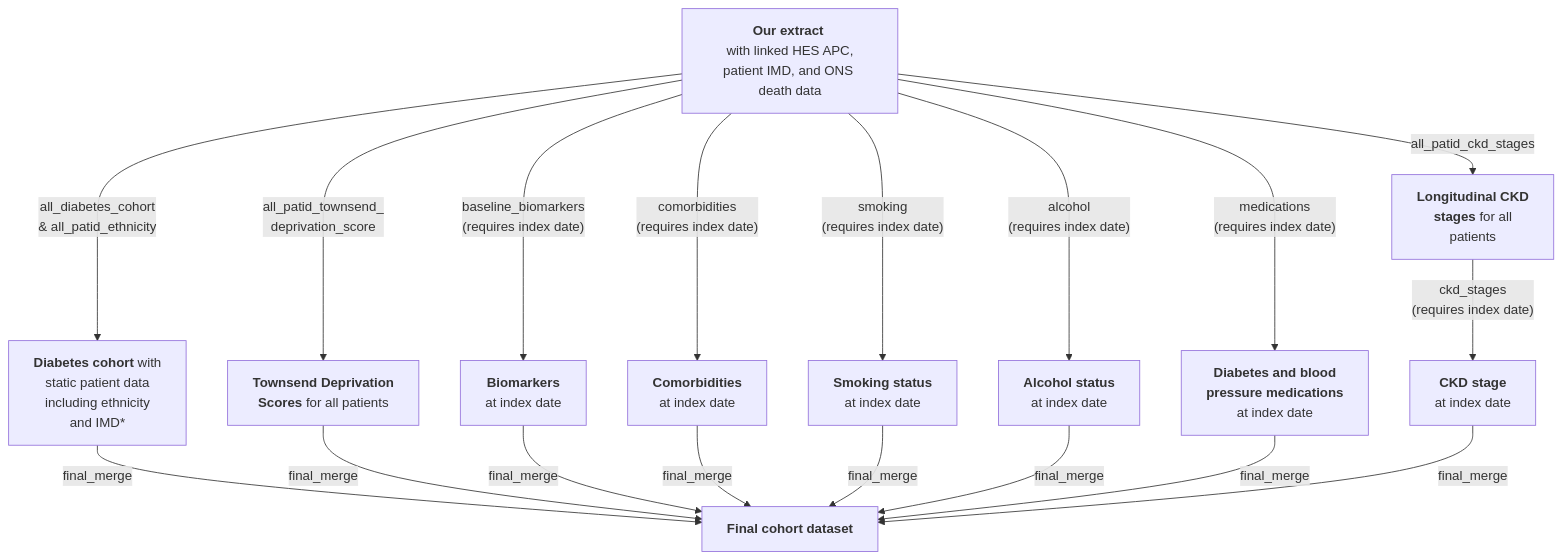
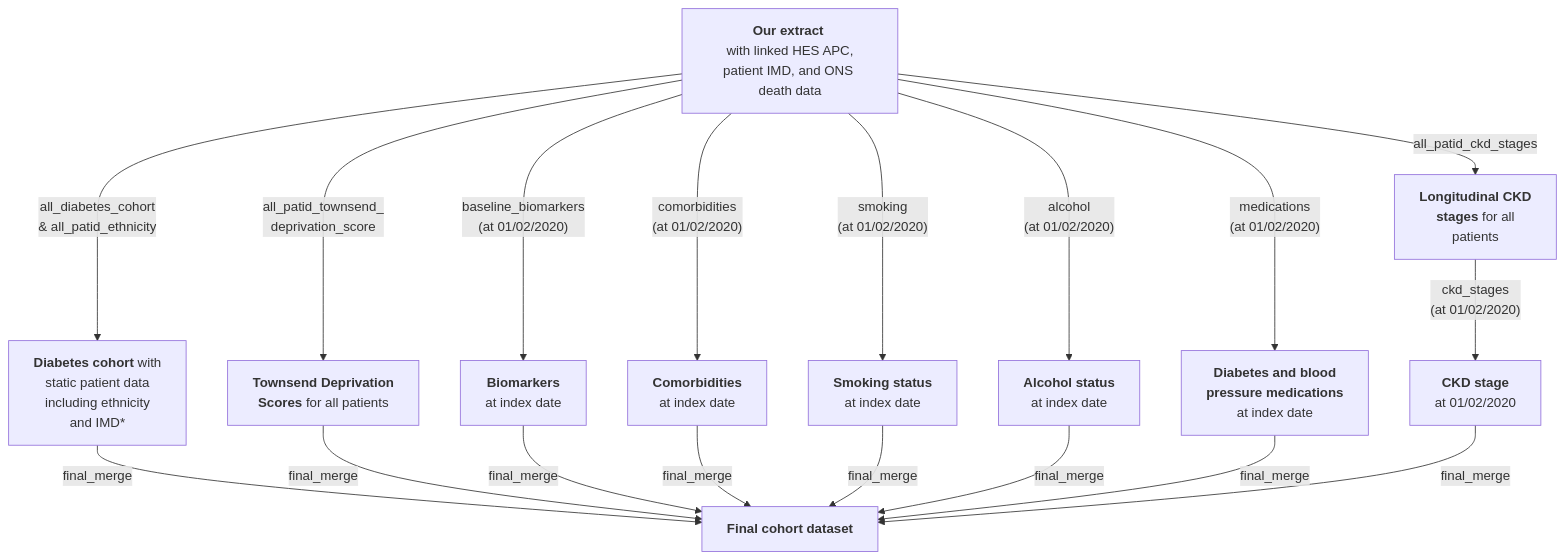
Before and after one commit to Exeter-Diabetes/CPRD-Cohort-scripts: the diagram in 02-Prevalent/README.md, drawn with Mermaid.

````diff
--- a/02-Prevalent/README.md
+++ b/02-Prevalent/README.md
@@ -13,20 +13,20 @@
 ```mermaid
 graph TD;
     A["<b>Our extract</b> <br> with linked HES APC, patient IMD, and ONS death data"] --> |"all_diabetes_cohort <br> & all_patid_ethnicity"|B["<b>Diabetes cohort</b> with <br> static patient data <br> including ethnicity <br> and IMD*"]
     A-->|"all_patid_ckd_stages"|C["<b>Longitudinal CKD <br> stages</b> for all <br> patients"]
     A-->|"all_patid_townsend_ <br> deprivation_score"|D["<b>Townsend Deprivation <br> Scores</b> for all patients"]
-    A-->|"baseline_biomarkers <br> (requires index date)"|E["<b>Biomarkers</b> <br> at index date"]
-    A-->|"comorbidities <br> (requires index date)"|F["<b>Comorbidities</b> <br> at index date"]
-    A-->|"smoking <br> (requires index date)"|G["<b>Smoking status</b> <br> at index date"]
-    A-->|"alcohol <br> (requires index date)"|H["<b>Alcohol status</b> <br> at index date"]
-    A-->|"medications <br> (requires index date)"|K["<b>Diabetes and blood <br> pressure medications</b> <br> at index date"]
-    C-->|"ckd_stages <br> (requires index date)"|I["<b>CKD stage </b> <br> at index date"]
+    A-->|"baseline_biomarkers <br> (at 01/02/2020)"|E["<b>Biomarkers</b> <br> at index date"]
+    A-->|"comorbidities <br> (at 01/02/2020)"|F["<b>Comorbidities</b> <br> at index date"]
+    A-->|"smoking <br> (at 01/02/2020)"|G["<b>Smoking status</b> <br> at index date"]
+    A-->|"alcohol <br> (at 01/02/2020)"|H["<b>Alcohol status</b> <br> at index date"]
+    A-->|"medications <br> (at 01/02/2020)"|K["<b>Diabetes and blood <br> pressure medications</b> <br> at index date"]
+    C-->|"ckd_stages <br> (at 01/02/2020)"|I["<b>CKD stage </b> <br> at 01/02/2020"]
     B-->|"final_merge"|J["<b>Final cohort dataset</b>"]
     D-->|"final_merge"|J
     E-->|"final_merge"|J
     F-->|"final_merge"|J
     G-->|"final_merge"|J
     H-->|"final_merge"|J
     K-->|"final_merge"|J
     I-->|"final_merge"|J    
 ```
````
